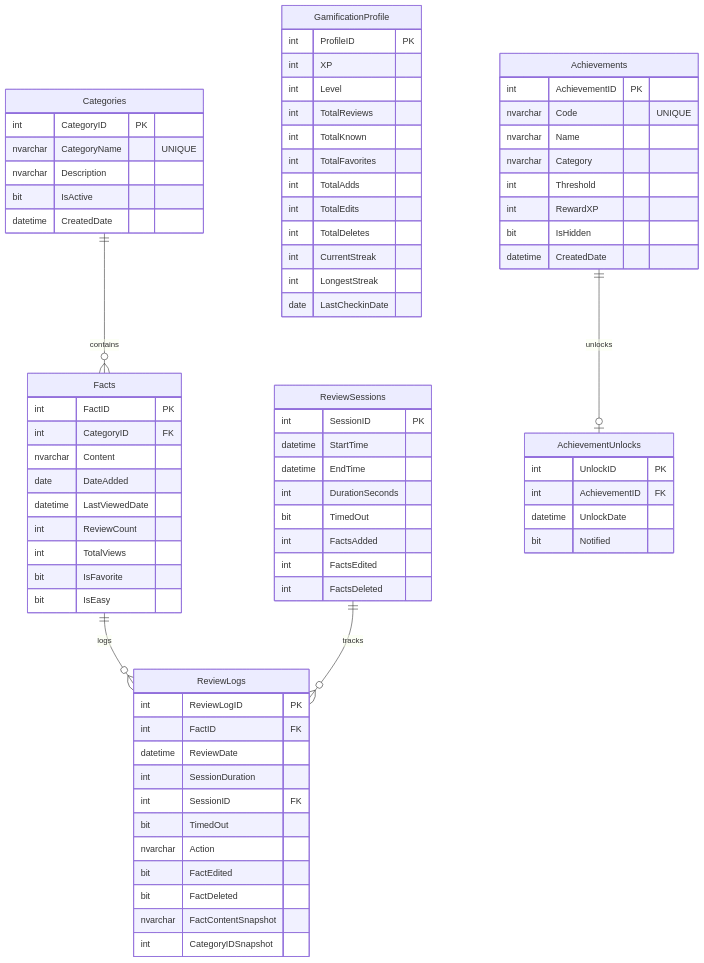
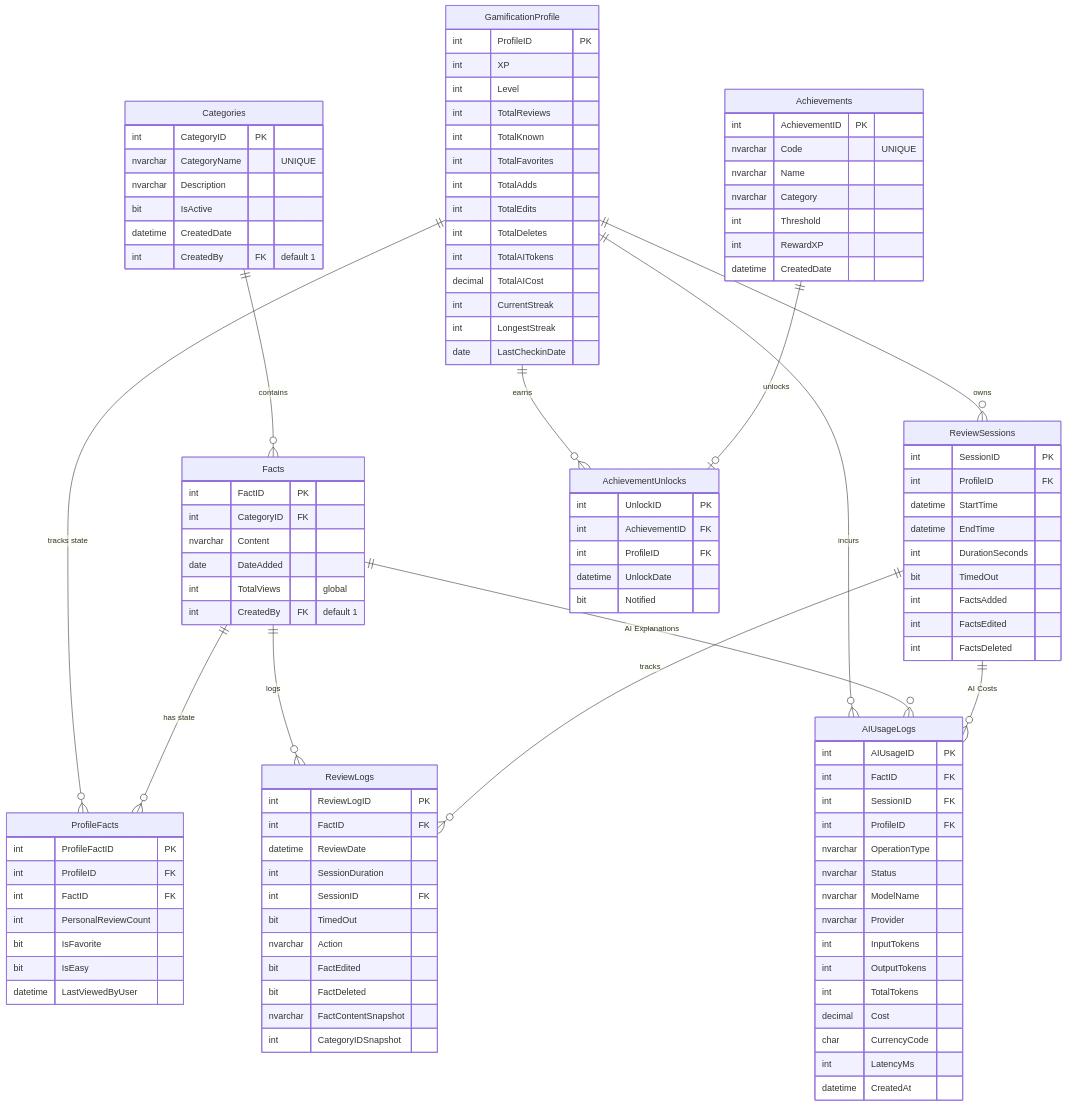
Before and after one commit to LordGauravB/FactDari: the diagram in database_setup/database_ERD.mmd, drawn with Mermaid. The commit also changed 4 other files, not shown here.

```diff
--- a/database_setup/database_ERD.mmd
+++ b/database_setup/database_ERD.mmd
@@ -1,84 +1,122 @@
 erDiagram
     Categories {
         int CategoryID PK
         nvarchar CategoryName "UNIQUE"
         nvarchar Description
         bit IsActive
         datetime CreatedDate
+        int CreatedBy FK "default 1"
     }
 
     Facts {
         int FactID PK
         int CategoryID FK
         nvarchar Content
         date DateAdded
-        datetime LastViewedDate
-        int ReviewCount
-        int TotalViews
-        bit IsFavorite
-        bit IsEasy
+        int TotalViews "global"
+        int CreatedBy FK "default 1"
     }
 
     ReviewSessions {
         int SessionID PK
+        int ProfileID FK
         datetime StartTime
         datetime EndTime
         int DurationSeconds
         bit TimedOut
         int FactsAdded
         int FactsEdited
         int FactsDeleted
     }
 
     ReviewLogs {
         int ReviewLogID PK
         int FactID FK
         datetime ReviewDate
         int SessionDuration
         int SessionID FK
         bit TimedOut
         nvarchar Action
         bit FactEdited
         bit FactDeleted
         nvarchar FactContentSnapshot
         int CategoryIDSnapshot
     }
 
+    ProfileFacts {
+        int ProfileFactID PK
+        int ProfileID FK
+        int FactID FK
+        int PersonalReviewCount
+        bit IsFavorite
+        bit IsEasy
+        datetime LastViewedByUser
+    }
+
     GamificationProfile {
         int ProfileID PK
         int XP
         int Level
         int TotalReviews
         int TotalKnown
         int TotalFavorites
         int TotalAdds
         int TotalEdits
         int TotalDeletes
+        int TotalAITokens
+        decimal TotalAICost
         int CurrentStreak
         int LongestStreak
         date LastCheckinDate
     }
 
     Achievements {
         int AchievementID PK
         nvarchar Code "UNIQUE"
         nvarchar Name
         nvarchar Category
         int Threshold
         int RewardXP
-        bit IsHidden
         datetime CreatedDate
     }
 
     AchievementUnlocks {
         int UnlockID PK
         int AchievementID FK
+        int ProfileID FK
         datetime UnlockDate
         bit Notified
     }
 
-    %% Relationships
+    AIUsageLogs {
+        int AIUsageID PK
+        int FactID FK
+        int SessionID FK
+        int ProfileID FK
+        nvarchar OperationType
+        nvarchar Status
+        nvarchar ModelName
+        nvarchar Provider
+        int InputTokens
+        int OutputTokens
+        int TotalTokens
+        decimal Cost
+        char CurrencyCode
+        int LatencyMs
+        datetime CreatedAt
+    }
+
+    %% Relationships (GamificationProfile as user identity)
+    GamificationProfile ||--o{ ReviewSessions : owns
+    GamificationProfile ||--o{ AchievementUnlocks : earns
+    GamificationProfile ||--o{ AIUsageLogs : incurs
+    GamificationProfile ||--o{ ProfileFacts : "tracks state"
+    Facts ||--o{ ProfileFacts : "has state"
+
     Categories ||--o{ Facts : contains
     Facts ||--o{ ReviewLogs : logs
     ReviewSessions ||--o{ ReviewLogs : tracks
     Achievements ||--o| AchievementUnlocks : unlocks
+    
+    Facts ||--o{ AIUsageLogs : "AI Explanations"
+    ReviewSessions ||--o{ AIUsageLogs : "AI Costs"
```
